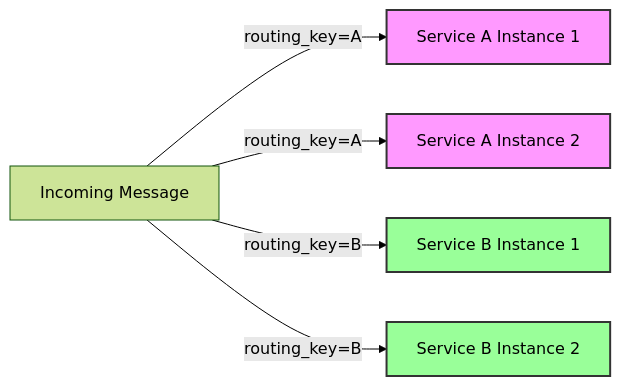
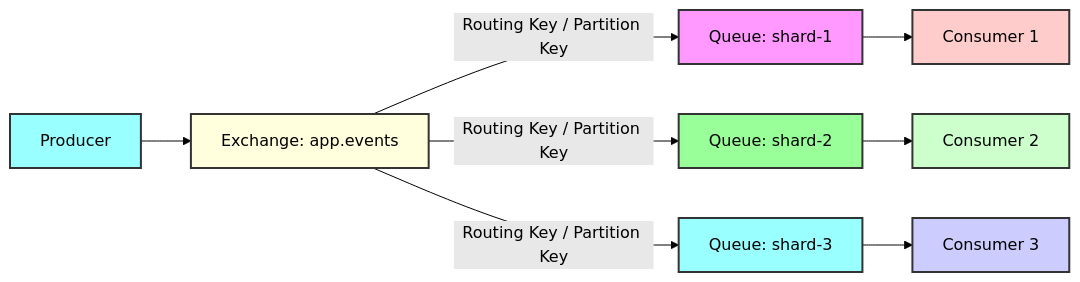
Before and after one commit to nbicocchi/learn-microservices: the fourth of 6 diagrams in modules/communication-async/slides/2 - Async communication (AMQP).md, drawn with Mermaid (forest theme). The commit also changed other lines of this file and 2 other files, not shown here.

````diff
--- a/modules/communication-async/slides/2 - Async communication (AMQP).md
+++ b/modules/communication-async/slides/2 - Async communication (AMQP).md
@@ -183,12 +178,41 @@
 ```mermaid
 flowchart LR
-    M[Incoming Message] -->|routing_key=A| S1[Service A Instance 1]
-    M -->|routing_key=A| S1b[Service A Instance 2]
-    M -->|routing_key=B| S2[Service B Instance 1]
-    M -->|routing_key=B| S2b[Service B Instance 2]
+    %% Exchange
+    EX[Exchange: app.events]
 
-    style S1 fill:#f9f,stroke:#333,stroke-width:2px
-    style S1b fill:#f9f,stroke:#333,stroke-width:2px
-    style S2 fill:#9f9,stroke:#333,stroke-width:2px
-    style S2b fill:#9f9,stroke:#333,stroke-width:2px
+    %% Sharded Queues
+    Q1[Queue: shard-1]
+    Q2[Queue: shard-2]
+    Q3[Queue: shard-3]
+
+    %% Consumers (one per queue)
+    C1[Consumer 1]
+    C2[Consumer 2]
+    C3[Consumer 3]
+
+    %% Producer sends messages
+    P[Producer]
+
+    %% Flow from producer to exchange
+    P --> EX
+
+    %% Exchange routes messages to shards (sharding logic)
+    EX -->|Routing Key / Partition Key| Q1
+    EX -->|Routing Key / Partition Key| Q2
+    EX -->|Routing Key / Partition Key| Q3
+
+    %% Flow from each queue to its consumer
+    Q1 --> C1
+    Q2 --> C2
+    Q3 --> C3
+
+    %% Optional styling
+    style EX fill:#ffd,stroke:#333,stroke-width:2px
+    style Q1 fill:#f9f,stroke:#333,stroke-width:2px
+    style Q2 fill:#9f9,stroke:#333,stroke-width:2px
+    style Q3 fill:#9ff,stroke:#333,stroke-width:2px
+    style P fill:#9ff,stroke:#333,stroke-width:2px
+    style C1 fill:#fcc,stroke:#333,stroke-width:2px
+    style C2 fill:#cfc,stroke:#333,stroke-width:2px
+    style C3 fill:#ccf,stroke:#333,stroke-width:2px
 ```
````
